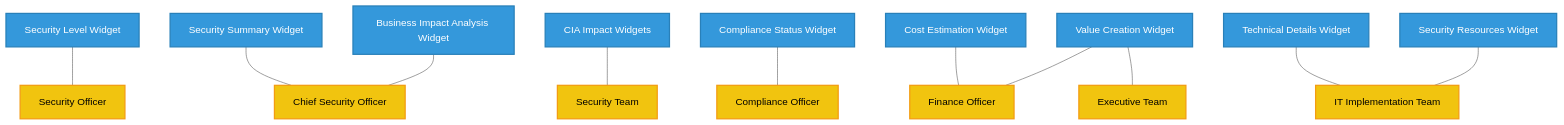
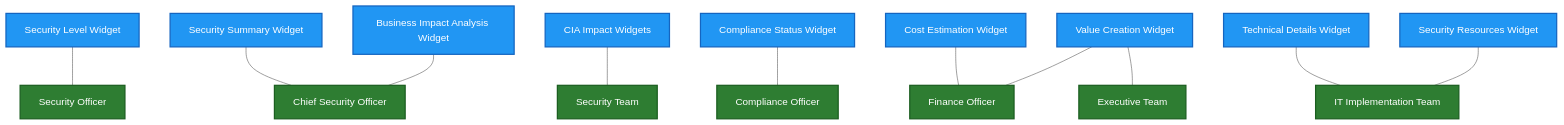
Before and after one commit to step-security-bot/cia-compliance-manager: diagram 12 of 13 in docs/architecture/ARCHITECTURE.md, drawn with Mermaid (neutral theme). The commit also changed other lines of this file and 27 other files, not shown here.

First line of the commit message:
fix: resolve broken mermaid diagrams and improve color coding to match ISMS style guide (#1106)

````diff
--- a/docs/architecture/ARCHITECTURE.md
+++ b/docs/architecture/ARCHITECTURE.md
@@ -913,23 +913,23 @@
 ```mermaid
 flowchart TD
     SLW[Security Level Widget] --- SO[Security Officer]
     
     SSW[Security Summary Widget] --- CSO[Chief Security Officer]
     BIAW[Business Impact Analysis Widget] --- CSO
     
     CIW[CIA Impact Widgets] --- ST[Security Team]
     
     CSW[Compliance Status Widget] --- CO[Compliance Officer]
     
     CEW[Cost Estimation Widget] --- CFO[Finance Officer]
     VCW[Value Creation Widget] --- CFO & CEO[Executive Team]
     
     TDW[Technical Details Widget] --- IT[IT Implementation Team]
     SRW[Security Resources Widget] --- IT
     
-    classDef stakeholder fill:#f1c40f,stroke:#f39c12,stroke-width:2px,color:black
-    classDef widget fill:#3498db,stroke:#2980b9,stroke-width:2px,color:white
+    classDef stakeholder fill:#2E7D32,stroke:#1B5E20,stroke-width:2px,color:#ffffff
+    classDef widget fill:#2196F3,stroke:#1565C0,stroke-width:2px,color:#ffffff
     
     class SO,CSO,ST,CO,CFO,CEO,IT stakeholder
     class SLW,SSW,BIAW,CIW,CSW,CEW,VCW,TDW,SRW widget
 ```
````
